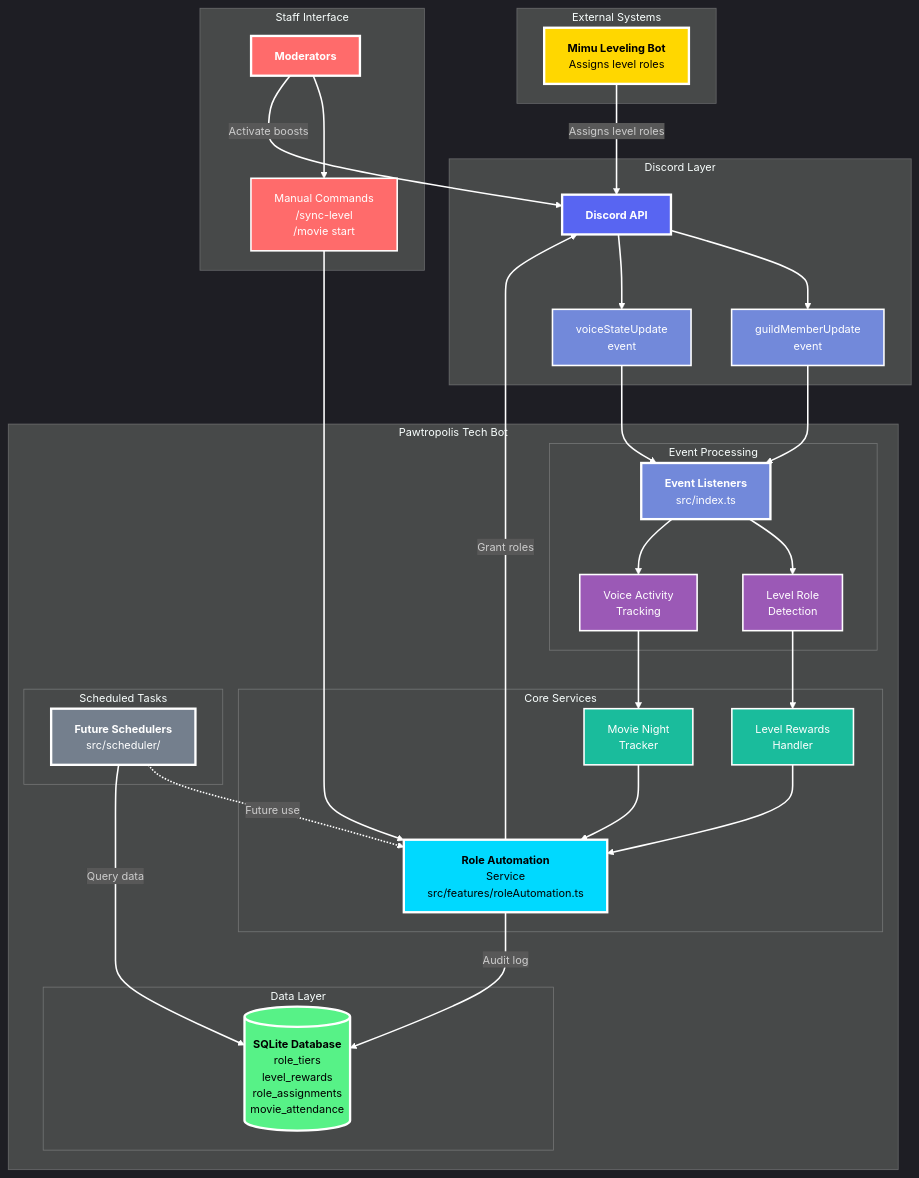
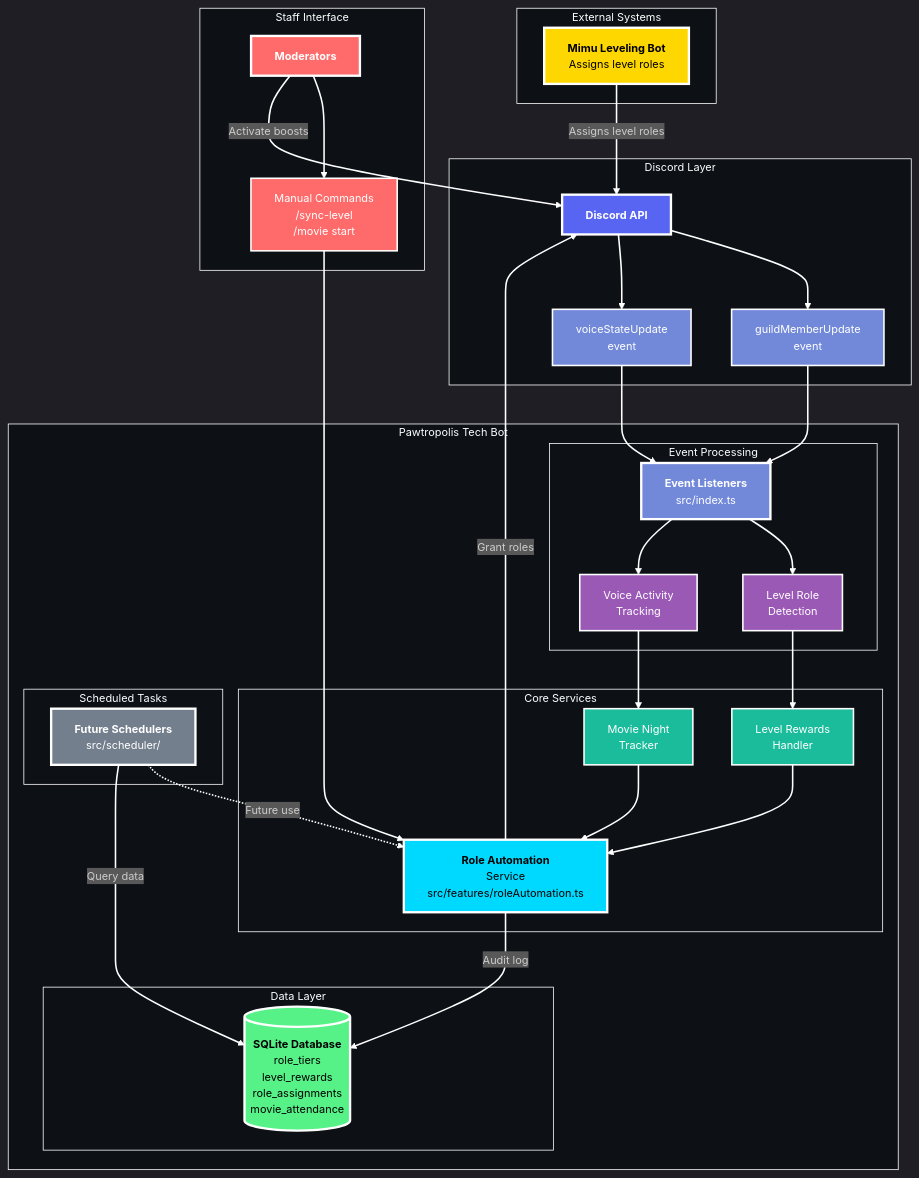
One commit to watchthelight/pawtech-v2 changed the first of 8 diagrams in docs/roadmap/ROLE_AUTOMATION_PLAN.md. Above: the diagram before and after it, drawn with Mermaid. The commit also changed other lines of this file, not shown here.

````diff
--- a/docs/roadmap/ROLE_AUTOMATION_PLAN.md
+++ b/docs/roadmap/ROLE_AUTOMATION_PLAN.md
@@ -25,5 +25,5 @@
 ```mermaid
-%%{init: {'theme':'dark', 'themeVariables': { 'fontSize':'14px', 'darkMode':'true', 'background':'#0d1116'}}}%%
+%%{init: {'theme':'dark', 'themeVariables': { 'fontSize':'14px', 'darkMode':'true', 'background':'#0d1116', 'clusterBkg':'#0d1116', 'clusterBorder':'#fff'}}}%%
 graph TB
     subgraph EXT["External Systems"]
         MIMU["<b>Mimu Leveling Bot</b><br/>Assigns level roles"]
````
